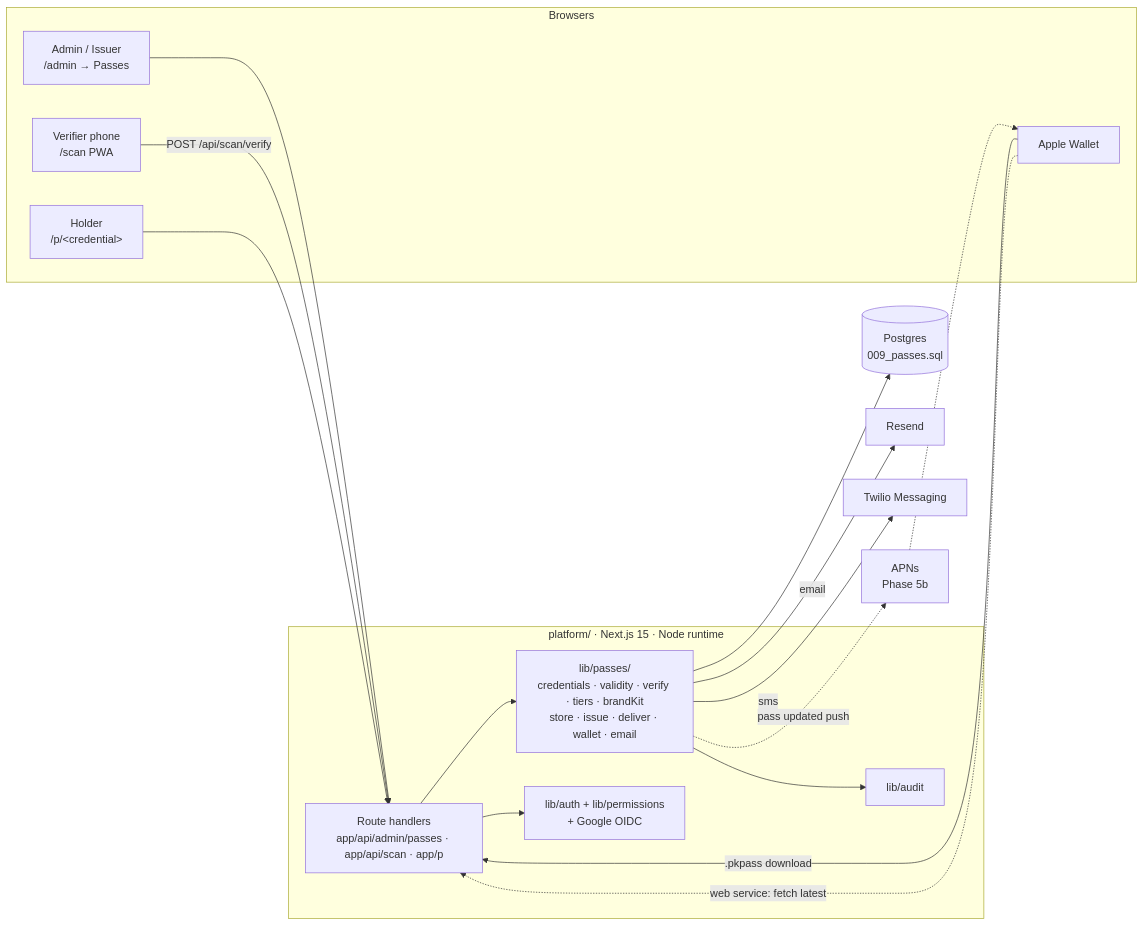
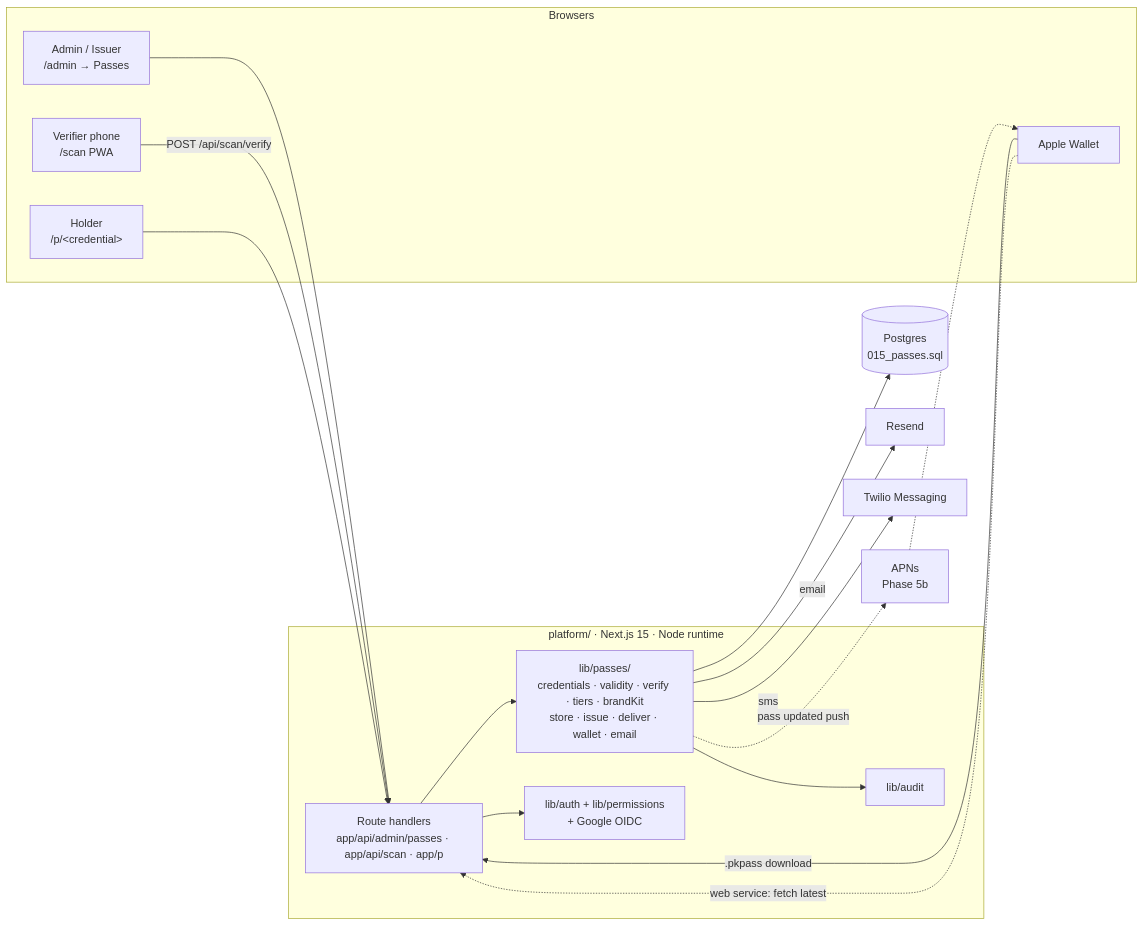
The first of 3 diagrams in docs/specs/dgtl-pass/02-architecture.md (stfphen/dgtl), drawn with Mermaid before and after one commit. The commit also changed other lines of this file and 23 other files, not shown here.

````diff
--- a/docs/specs/dgtl-pass/02-architecture.md
+++ b/docs/specs/dgtl-pass/02-architecture.md
@@ -53,35 +53,35 @@
 ```mermaid
 flowchart LR
   subgraph Browsers
     A[Admin / Issuer<br/>/admin → Passes]
     S[Verifier phone<br/>/scan PWA]
     H[Holder<br/>/p/&lt;credential&gt;]
     W[Apple Wallet]
   end
 
   subgraph Platform[platform/ · Next.js 15 · Node runtime]
     API[Route handlers<br/>app/api/admin/passes · app/api/scan · app/p]
     LIB[lib/passes/<br/>credentials · validity · verify · tiers · brandKit<br/>store · issue · deliver · wallet · email]
     AUTH[lib/auth + lib/permissions<br/>+ Google OIDC]
     AUD[lib/audit]
   end
 
-  PG[(Postgres<br/>009_passes.sql)]
+  PG[(Postgres<br/>015_passes.sql)]
   RS[Resend]
   TW[Twilio Messaging]
   AP[APNs<br/>Phase 5b]
 
   A --> API
   S -->|POST /api/scan/verify| API
   H --> API
   W -->|.pkpass download| API
   API --> AUTH
   API --> LIB
   LIB --> PG
   LIB --> AUD
   LIB -->|email| RS
   LIB -->|sms| TW
   LIB -.->|pass updated push| AP
   AP -.-> W
   W -.->|web service: fetch latest| API
 ```
````
